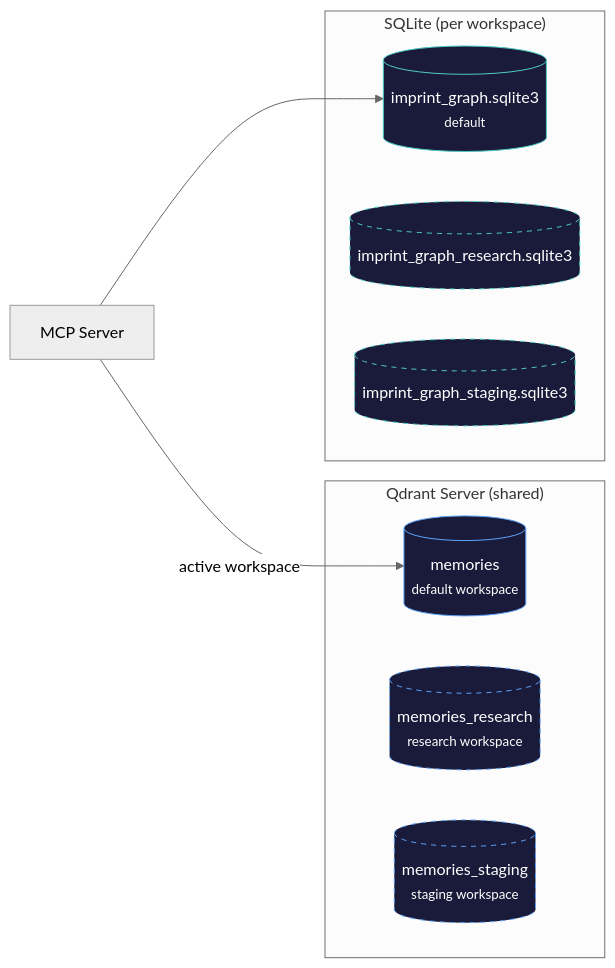
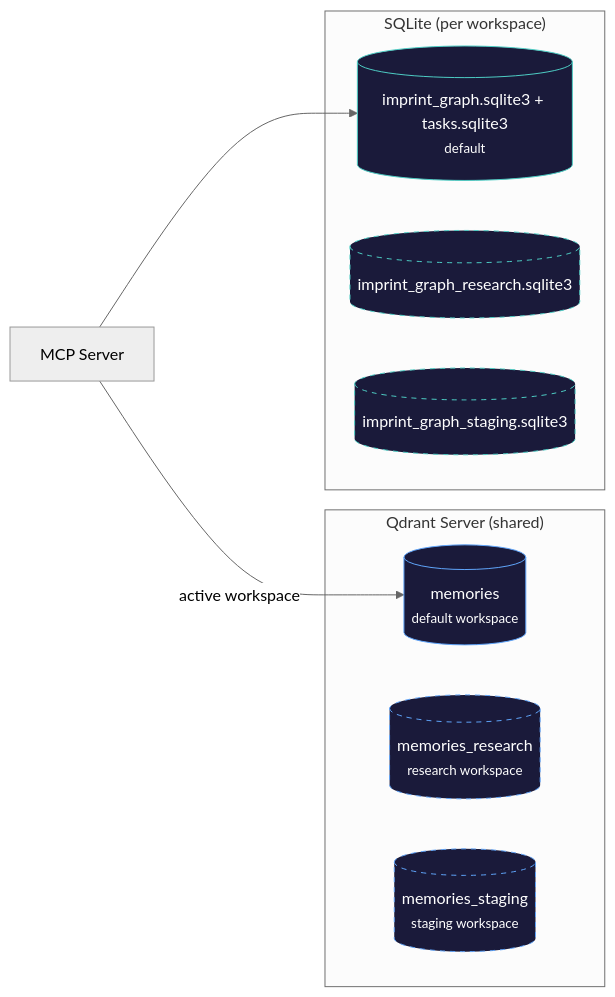
One commit to alexandruleca/imprint-memory-layer changed the second of 2 diagrams in docs/workspaces.md. Above: the diagram before and after it, drawn with Mermaid (neutral theme). The commit also changed other lines of this file and 30 other files, not shown here.

````diff
--- a/docs/workspaces.md
+++ b/docs/workspaces.md
@@ -107,24 +107,24 @@
 ```mermaid
 graph LR
     subgraph "Qdrant Server (shared)"
         C1[(memories<br/><small>default workspace</small>)]
         C2[(memories_research<br/><small>research workspace</small>)]
         C3[(memories_staging<br/><small>staging workspace</small>)]
     end
 
     subgraph "SQLite (per workspace)"
-        S1[(imprint_graph.sqlite3<br/><small>default</small>)]
+        S1[(imprint_graph.sqlite3 + tasks.sqlite3<br/><small>default</small>)]
         S2[(imprint_graph_research.sqlite3)]
         S3[(imprint_graph_staging.sqlite3)]
     end
 
     MCP[MCP Server] -->|active workspace| C1
     MCP --> S1
 
     style C1 fill:#1a1a3a,stroke:#60a5fa,color:#fff
     style C2 fill:#1a1a3a,stroke:#60a5fa,color:#fff,stroke-dasharray: 5 5
     style C3 fill:#1a1a3a,stroke:#60a5fa,color:#fff,stroke-dasharray: 5 5
     style S1 fill:#1a1a3a,stroke:#4ecdc4,color:#fff
     style S2 fill:#1a1a3a,stroke:#4ecdc4,color:#fff,stroke-dasharray: 5 5
     style S3 fill:#1a1a3a,stroke:#4ecdc4,color:#fff,stroke-dasharray: 5 5
 ```
````
